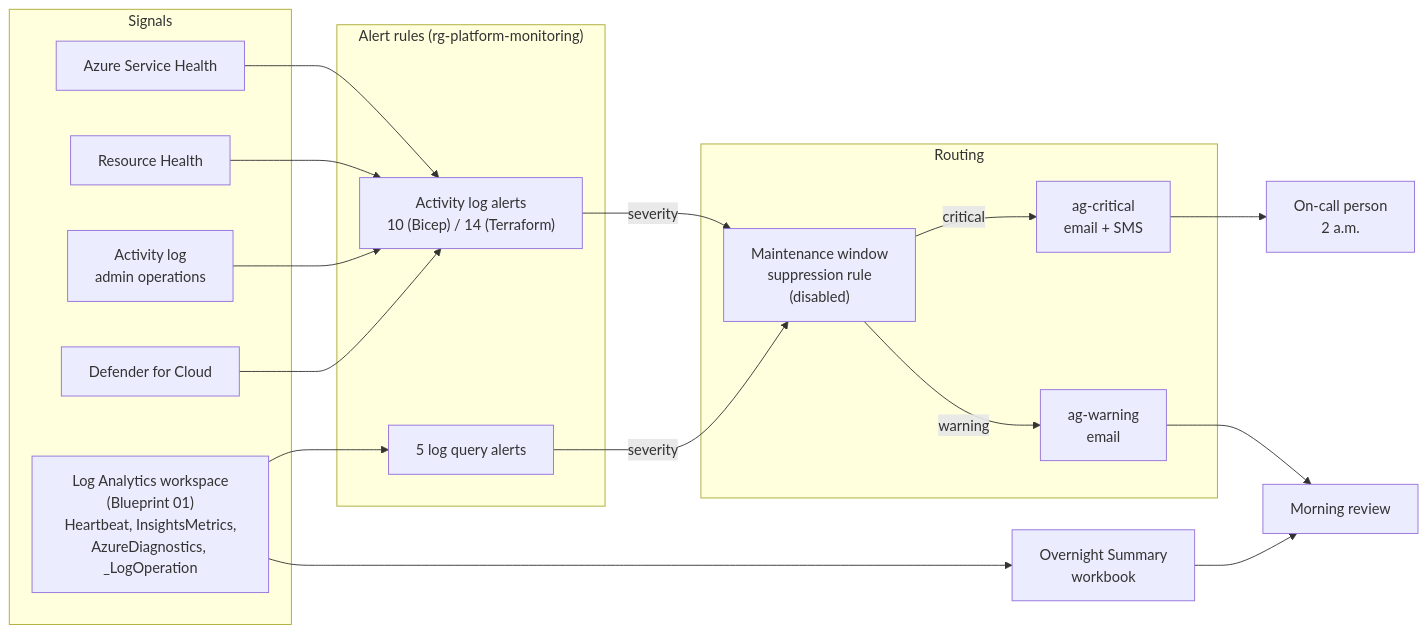
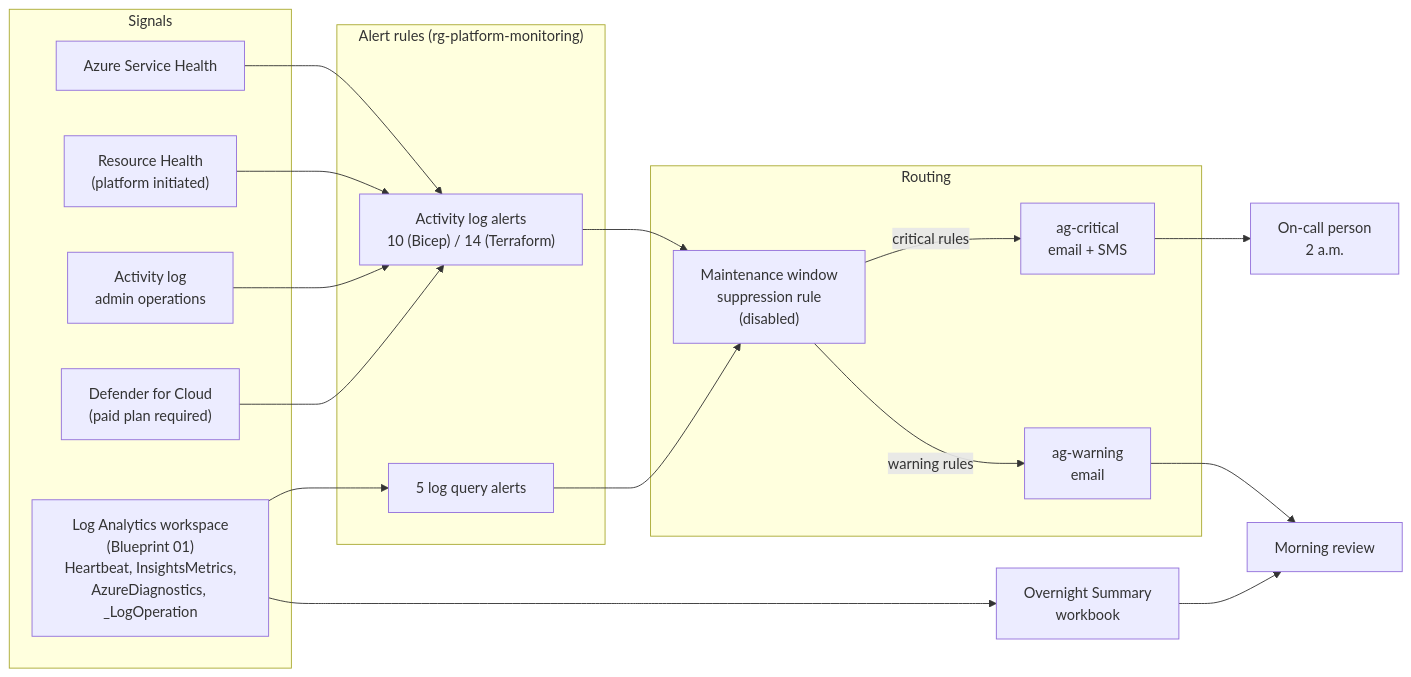
One commit to IndigoWave-Tech/groundwork changed the diagram in blueprints/02-monitoring-alerting/README.md. Above: the diagram before and after it, drawn with Mermaid. The commit also changed other lines of this file and 15 other files, not shown here.

````diff
--- a/blueprints/02-monitoring-alerting/README.md
+++ b/blueprints/02-monitoring-alerting/README.md
@@ -47,35 +48,35 @@
 ```mermaid
 flowchart LR
     subgraph signals["Signals"]
         svc["Azure Service Health"]
-        rh["Resource Health"]
+        rh["Resource Health<br/>(platform initiated)"]
         act["Activity log<br/>admin operations"]
-        def["Defender for Cloud"]
+        def["Defender for Cloud<br/>(paid plan required)"]
         law["Log Analytics workspace<br/>(Blueprint 01)<br/>Heartbeat, InsightsMetrics,<br/>AzureDiagnostics, _LogOperation"]
     end
 
     subgraph rules["Alert rules (rg-platform-monitoring)"]
         ala["Activity log alerts<br/>10 (Bicep) / 14 (Terraform)"]
         sqr["5 log query alerts"]
     end
 
     subgraph routing["Routing"]
         apr["Maintenance window<br/>suppression rule<br/>(disabled)"]
         agc["ag-critical<br/>email + SMS"]
         agw["ag-warning<br/>email"]
     end
 
     svc --> ala
     rh --> ala
     act --> ala
     def --> ala
     law --> sqr
-    ala -->|severity| apr
-    sqr -->|severity| apr
-    apr -->|critical| agc
-    apr -->|warning| agw
+    ala --> apr
+    sqr --> apr
+    apr -->|critical rules| agc
+    apr -->|warning rules| agw
     agc --> oncall["On-call person<br/>2 a.m."]
     agw --> morning["Morning review"]
     law --> wb["Overnight Summary<br/>workbook"]
     wb --> morning
 ```
````
